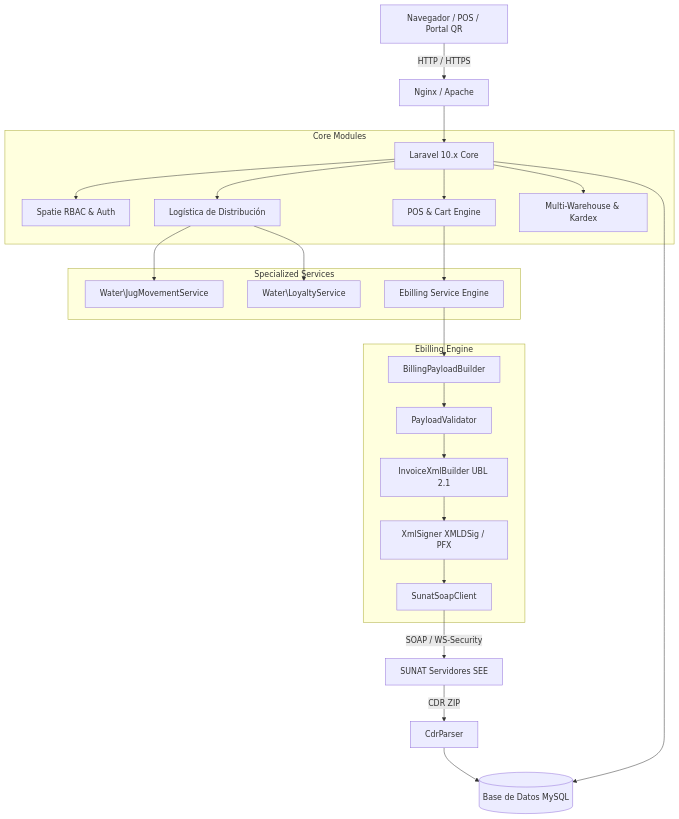
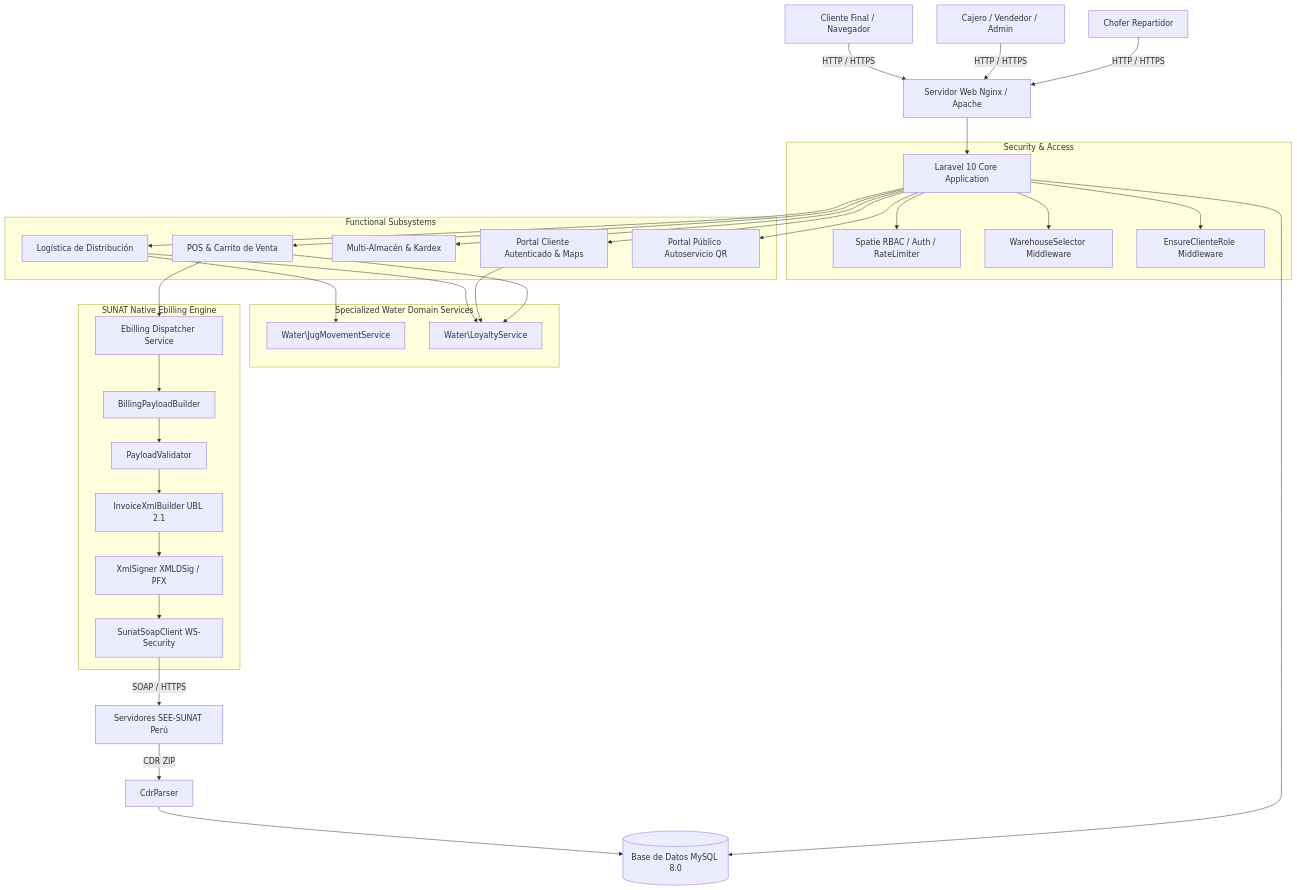
Before and after one commit to gercova/pala-sed-erp-facturacion: the first of 2 diagrams in docs/PDR.md, drawn with Mermaid. The commit also changed other lines of this file and 2 other files, not shown here.

````diff
--- a/docs/PDR.md
+++ b/docs/PDR.md
@@ -28,31 +44,43 @@
 ```mermaid
 graph TD
-    ClientApp[Navegador / POS / Portal QR] -->|HTTP / HTTPS| WebServer[Nginx / Apache]
-    WebServer --> LaravelApp[Laravel 10.x Core]
-    
-    subgraph Core Modules
-        LaravelApp --> AuthMod[Spatie RBAC & Auth]
-        LaravelApp --> POSMod[POS & Cart Engine]
-        LaravelApp --> DeliveryMod[Logística de Distribución]
-        LaravelApp --> StockMod[Multi-Warehouse & Kardex]
+    UserClient[Cliente Final / Navegador] -->|HTTP / HTTPS| WebServer[Servidor Web Nginx / Apache]
+    Operator[Cajero / Vendedor / Admin] -->|HTTP / HTTPS| WebServer
+    Driver[Chofer Repartidor] -->|HTTP / HTTPS| WebServer
+
+    WebServer --> LaravelCore[Laravel 10 Core Application]
+
+    subgraph Security & Access
+        LaravelCore --> AuthMod[Spatie RBAC / Auth / RateLimiter]
+        LaravelCore --> WhSelector[WarehouseSelector Middleware]
+        LaravelCore --> ClienteAuth[EnsureClienteRole Middleware]
     end
 
-    subgraph Specialized Services
+    subgraph Functional Subsystems
+        LaravelCore --> POSMod[POS & Carrito de Venta]
+        LaravelCore --> DeliveryMod[Logística de Distribución]
+        LaravelCore --> StockMod[Multi-Almacén & Kardex]
+        LaravelCore --> ClientPortal[Portal Cliente Autenticado & Maps]
+        LaravelCore --> PublicQR[Portal Público Autoservicio QR]
+    end
+
+    subgraph Specialized Water Domain Services
         DeliveryMod --> JugService[Water\JugMovementService]
         DeliveryMod --> LoyaltyService[Water\LoyaltyService]
-        POSMod --> Ebilling[Ebilling Service Engine]
+        ClientPortal --> LoyaltyService
+        POSMod --> LoyaltyService
     end
 
-    subgraph Ebilling Engine
+    subgraph SUNAT Native Ebilling Engine
+        POSMod --> Ebilling[Ebilling Dispatcher Service]
         Ebilling --> Payload[BillingPayloadBuilder]
         Payload --> Validator[PayloadValidator]
         Validator --> XmlGen[InvoiceXmlBuilder UBL 2.1]
         XmlGen --> Signer[XmlSigner XMLDSig / PFX]
-        Signer --> SoapClient[SunatSoapClient]
+        Signer --> SoapClient[SunatSoapClient WS-Security]
     end
 
-    SoapClient -->|SOAP / WS-Security| SUNAT[SUNAT Servidores SEE]
+    SoapClient -->|SOAP / HTTPS| SUNAT[Servidores SEE-SUNAT Perú]
     SUNAT -->|CDR ZIP| CdrParser[CdrParser]
-    CdrParser --> DB[(Base de Datos MySQL)]
-    LaravelApp --> DB
+    CdrParser --> DB[(Base de Datos MySQL 8.0)]
+    LaravelCore --> DB
 ```
````
